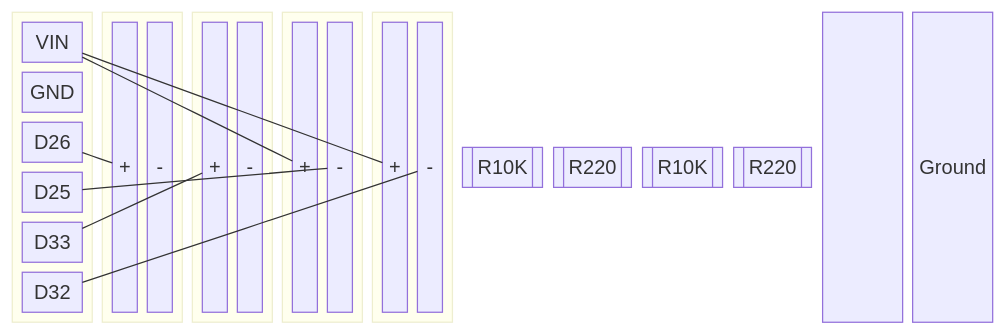
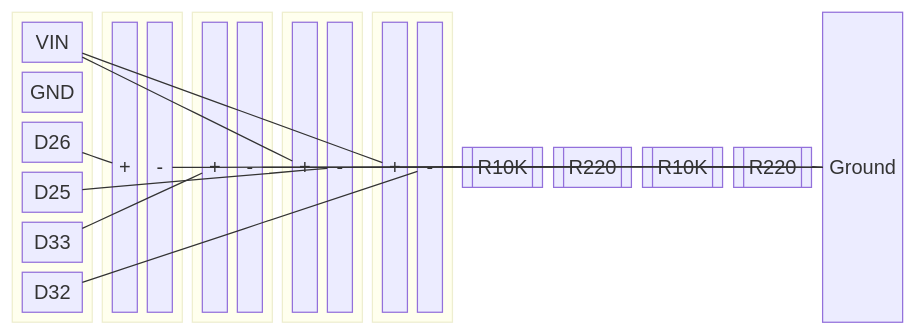
One commit to ddwheele/esp32-home-projects changed the first of 2 diagrams in TwoButtonInput/README.md. Above: the diagram before and after it, drawn with Mermaid.

Commit message:
trying again

````diff
--- a/TwoButtonInput/README.md
+++ b/TwoButtonInput/README.md
@@ -8,50 +8,54 @@
 ```mermaid
 ---
 title: Block Circuit Diagram
 ---
 block-beta
 block:ESP32
 	columns 1
 	VIN
 	GND
 	D26
 	D25
 	D33
 	D32
 end
 
 block:LED1
 	L1plus["+"] L1minus["-"]
 end
 
 block:LED2
 	L2plus["+"] L2minus["-"]
 end
 
 block:Button1
 	B1plus["+"] B1minus["-"]
 end
 
 block:Button2
 	B2plus["+"] B2minus["-"]
 end
 
 R1_10K[["R10K"]]
 R1_220[["R220"]]
 R2_10K[["R10K"]]
 R2_220[["R220"]]
 
 
 VIN --- B1plus
-B1minus --- R1_10K --- Ground
+B1minus --- R1_10K 
+R1_10K --- Ground
 B1minus --- D25
 D26 --- L1plus
-L1minus --- R1_220 --- Ground
+L1minus --- R1_220
+R1_220 --- Ground
 
 VIN --- B2plus
-B2minus --- R2_10K --- Ground
+B2minus --- R2_10K
+R2_10K --- Ground
 B2minus --- D32
 D33 --- L2plus
-L2minus --- R2_220 --- Ground
+L2minus --- R2_220
+R2_220 --- Ground
 
 ```
````
